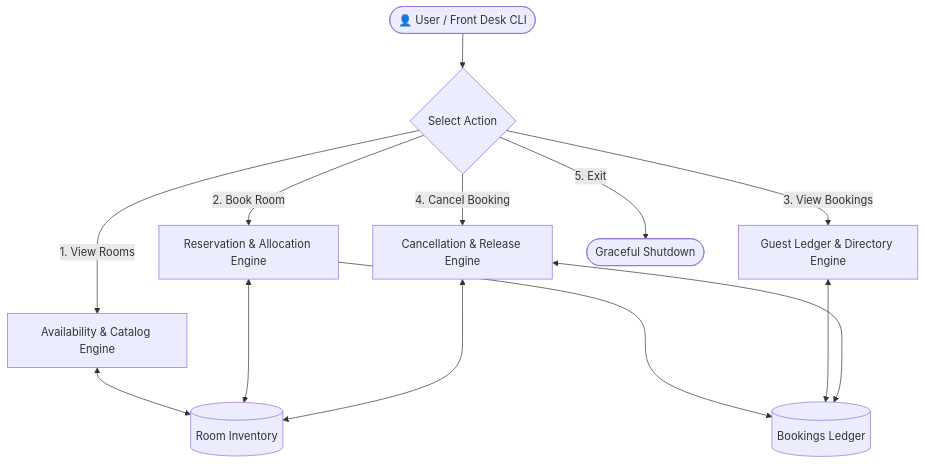
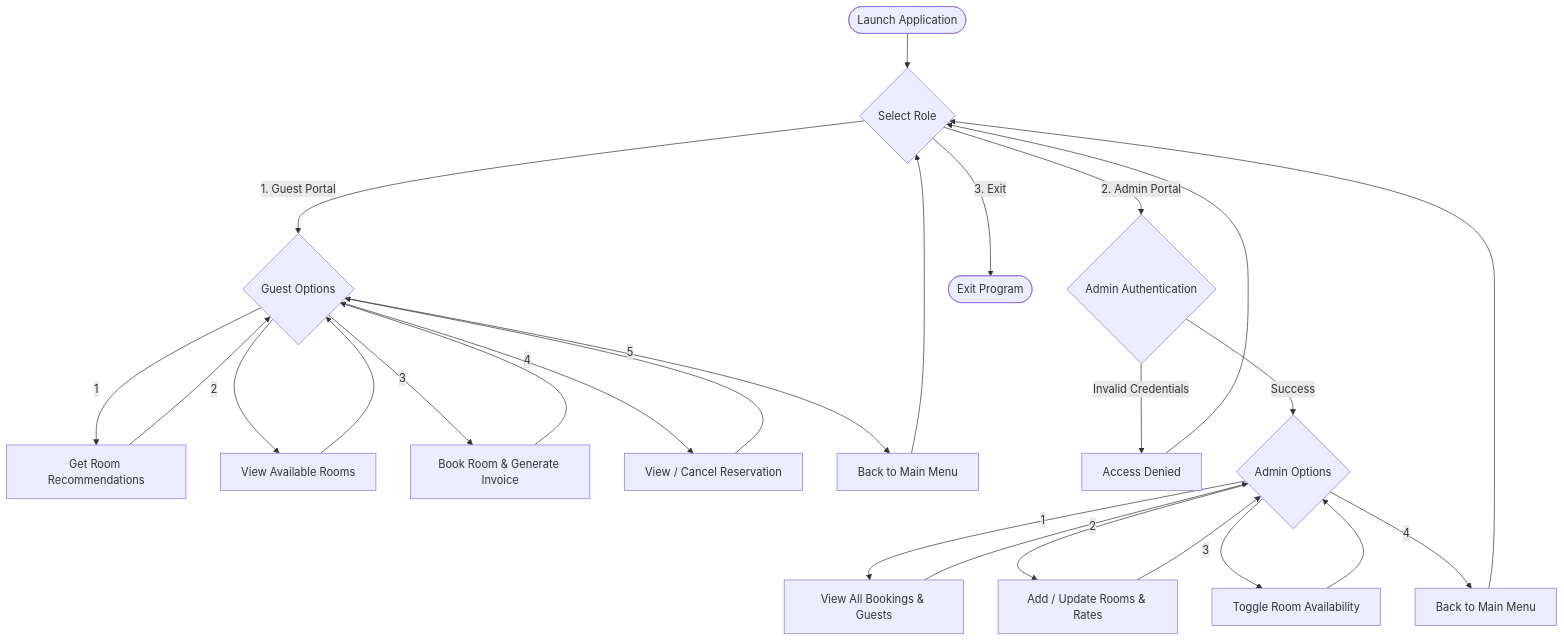
Before and after one commit to Sanyaaroraaa/IDRA-Assignments: the diagram in Day_05/README.md, drawn with Mermaid. The commit also changed other lines of this file, not shown here.

First line of the commit message:
Revise README for Hotel Room Booking System

````diff
--- a/Day_05/README.md
+++ b/Day_05/README.md
@@ -41,17 +26,33 @@
 ```mermaid
 flowchart TD
-    CLI([👤 User / Front Desk CLI]) --> Router{Select Action}
+    Start([Launch Application]) --> PortalChoice{Select Role}
 
-    Router -->|1. View Rooms| CheckModule[Availability & Catalog Engine]
-    Router -->|2. Book Room| BookingModule[Reservation & Allocation Engine]
-    Router -->|3. View Bookings| LedgerModule[Guest Ledger & Directory Engine]
-    Router -->|4. Cancel Booking| CancellationModule[Cancellation & Release Engine]
-    Router -->|5. Exit| Terminate([Graceful Shutdown])
+    %% Guest Flow
+    PortalChoice -->|1. Guest Portal| GuestMenu{Guest Options}
+    GuestMenu -->|1| RecEngine[Get Room Recommendations]
+    GuestMenu -->|2| ViewRooms[View Available Rooms]
+    GuestMenu -->|3| BookRoom[Book Room & Generate Invoice]
+    GuestMenu -->|4| ManageBookings[View / Cancel Reservation]
+    GuestMenu -->|5| ReturnG[Back to Main Menu] --> PortalChoice
 
-    CheckModule <--> RoomDB[(Room Inventory)]
-    BookingModule <--> RoomDB
-    BookingModule ---> BookingDB[(Bookings Ledger)]
-    LedgerModule <---> BookingDB
-    CancellationModule <---> BookingDB
-    CancellationModule <---> RoomDB
+    %% Admin Flow
+    PortalChoice -->|2. Admin Portal| AdminAuth{Admin Authentication}
+    AdminAuth -->|Invalid Credentials| AuthFail[Access Denied] --> PortalChoice
+    AdminAuth -->|Success| AdminMenu{Admin Options}
+    AdminMenu -->|1| ViewAll[View All Bookings & Guests]
+    AdminMenu -->|2| ManageInv[Add / Update Rooms & Rates]
+    AdminMenu -->|3| RoomStatus[Toggle Room Availability]
+    AdminMenu -->|4| ReturnA[Back to Main Menu] --> PortalChoice
+
+    %% Exit Flow
+    PortalChoice -->|3. Exit| ExitApp([Exit Program])
+
+    RecEngine --> GuestMenu
+    ViewRooms --> GuestMenu
+    BookRoom --> GuestMenu
+    ManageBookings --> GuestMenu
+
+    ViewAll --> AdminMenu
+    ManageInv --> AdminMenu
+    RoomStatus --> AdminMenu
 ```
````
